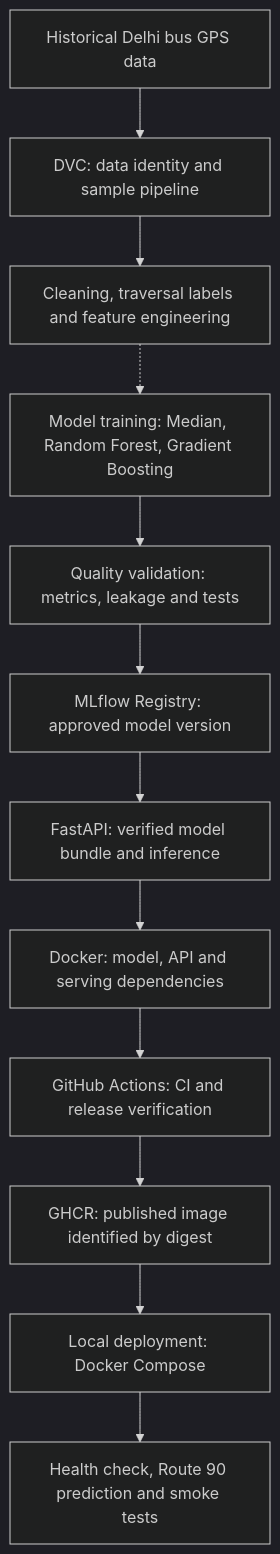
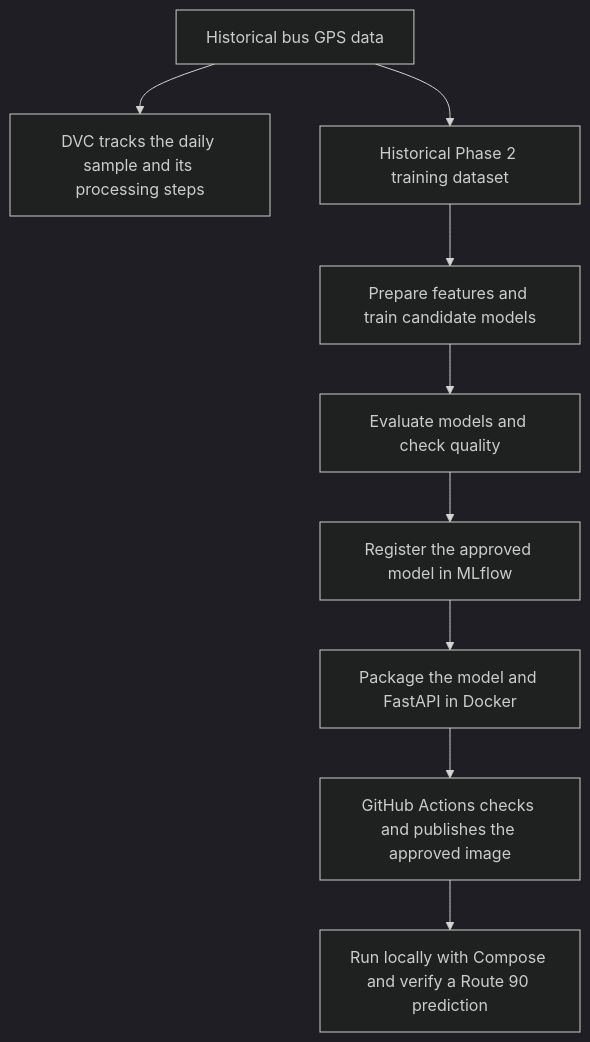
One commit to vedanth-04/AI-Powered-Sustainable-Transportation-Advisor changed the first of 8 diagrams in docs/PHASE2_PRESENTATION.md. Above: the diagram before and after it, drawn with Mermaid (dark theme). The commit also changed other lines of this file, not shown here.

Commit message:
docs: simplify Phase 2 faculty presentation

````diff
--- a/docs/PHASE2_PRESENTATION.md
+++ b/docs/PHASE2_PRESENTATION.md
@@ -23,14 +7,11 @@
 ```mermaid
 flowchart TB
-    A["Historical Delhi bus GPS data"] --> B["DVC: data identity and sample pipeline"]
-    B --> C["Cleaning, traversal labels and feature engineering"]
-    C -.-> D["Model training: Median, Random Forest, Gradient Boosting"]
-    D --> E["Quality validation: metrics, leakage and tests"]
-    E --> F["MLflow Registry: approved model version"]
-    F --> G["FastAPI: verified model bundle and inference"]
-    G --> H["Docker: model, API and serving dependencies"]
-    H --> I["GitHub Actions: CI and release verification"]
-    I --> J["GHCR: published image identified by digest"]
-    J --> K["Local deployment: Docker Compose"]
-    K --> L["Health check, Route 90 prediction and smoke tests"]
+    A["Historical bus GPS data"] --> B["DVC tracks the daily sample and its processing steps"]
+    A --> C["Historical Phase 2 training dataset"]
+    C --> D["Prepare features and train candidate models"]
+    D --> E["Evaluate models and check quality"]
+    E --> F["Register the approved model in MLflow"]
+    F --> G["Package the model and FastAPI in Docker"]
+    G --> H["GitHub Actions checks and publishes the approved image"]
+    H --> I["Run locally with Compose and verify a Route 90 prediction"]
 ```
````
